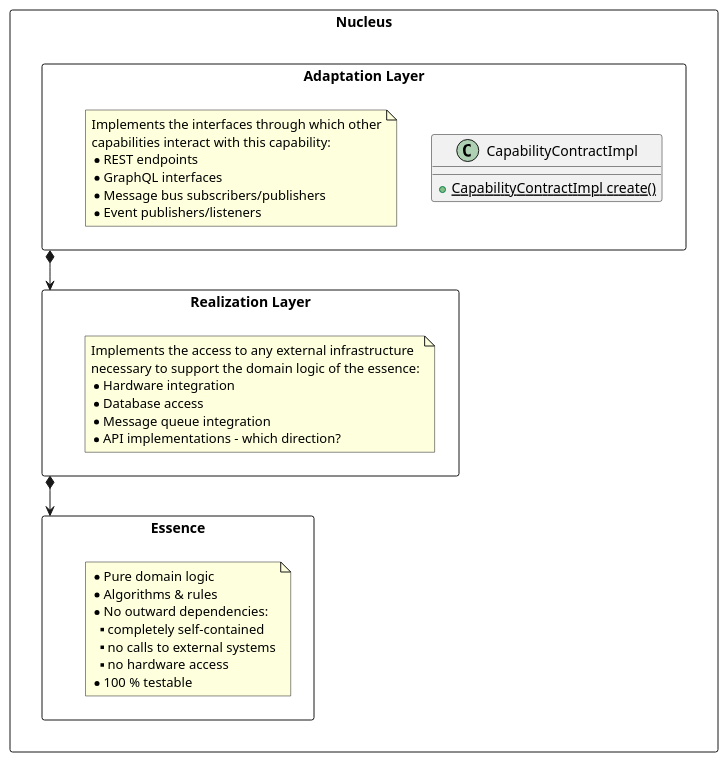
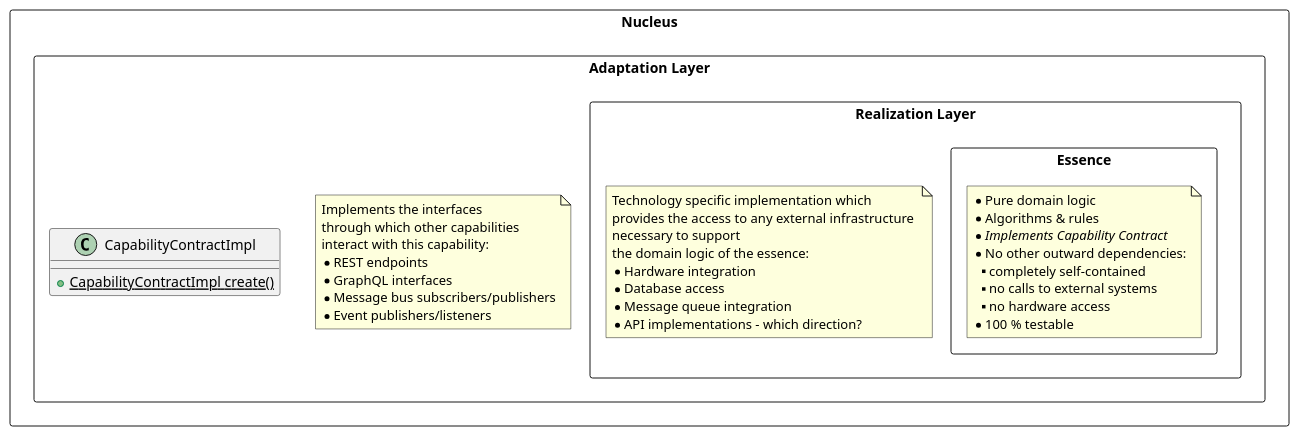
One commit to ede-zalar/CapabilityCentricArchitecture changed the diagram in Core/CCA-Nucleus.def.iuml. Above: the diagram before and after it, drawn with PlantUML. The commit also changed 1 other file, not shown here.

```diff
--- a/Core/CCA-Nucleus.def.iuml
+++ b/Core/CCA-Nucleus.def.iuml
@@ -1,45 +1,47 @@
 @startuml cca-core-nucleus-v0.2
 
 rectangle "Nucleus" as CapabilityNucleusPkg {
-	rectangle "Adaptation Layer" as CapabilityAdaptationLayer {
-
-		class CapabilityContractImpl {
-			+{static} CapabilityContractImpl create()
-		}
-		
+	rectangle "Adaptation Layer" as CapabilityAdaptationLayer {	
 		note as noteAdaptationLayer
-			Implements the interfaces through which other
-			capabilities interact with this capability:
+			Implements the interfaces 
+			through which other capabilities 
+			interact with this capability:
 			* REST endpoints
 			* GraphQL interfaces
 			* Message bus subscribers/publishers
 			* Event publishers/listeners
 		end note
+
+		rectangle "Realization Layer" as CapabilityRealizationLayer {
+			note as noteRealizationLayer
+				Technology specific implementation which 
+				provides the access to any external infrastructure 
+				necessary to support 
+				the domain logic of the essence:
+				* Hardware integration
+				* Database access
+				* Message queue integration
+				* API implementations - which direction?
+			end note
+
+			rectangle "Essence" as CapabilityEssenceLayer {
+				note as noteEssence
+					* Pure domain logic
+					* Algorithms & rules
+					* //Implements Capability Contract//
+					* No other outward dependencies:
+					** completely self-contained
+					** no calls to external systems
+					** no hardware access
+					* 100 % testable
+				end note
+			}
+		}
+
+		class CapabilityContractImpl {
+			+{static} CapabilityContractImpl create()
+		}
 	}
-	rectangle "Realization Layer" as CapabilityRealizationLayer {
-		note as noteRealizationLayer
-			Implements the access to any external infrastructure
-			necessary to support the domain logic of the essence:
-			* Hardware integration
-			* Database access
-			* Message queue integration
-			* API implementations - which direction?
-		end note
-	}
-	rectangle "Essence" as CapabilityEssenceLayer {
-		note as noteEssence
-			* Pure domain logic
-			* Algorithms & rules
-			* No outward dependencies:
-			** completely self-contained
-			** no calls to external systems
-			** no hardware access
-			* 100 % testable
-		end note
-	}
-
-	CapabilityAdaptationLayer *--> CapabilityRealizationLayer
-	CapabilityRealizationLayer *--> CapabilityEssenceLayer
 }
 
 @enduml
```
